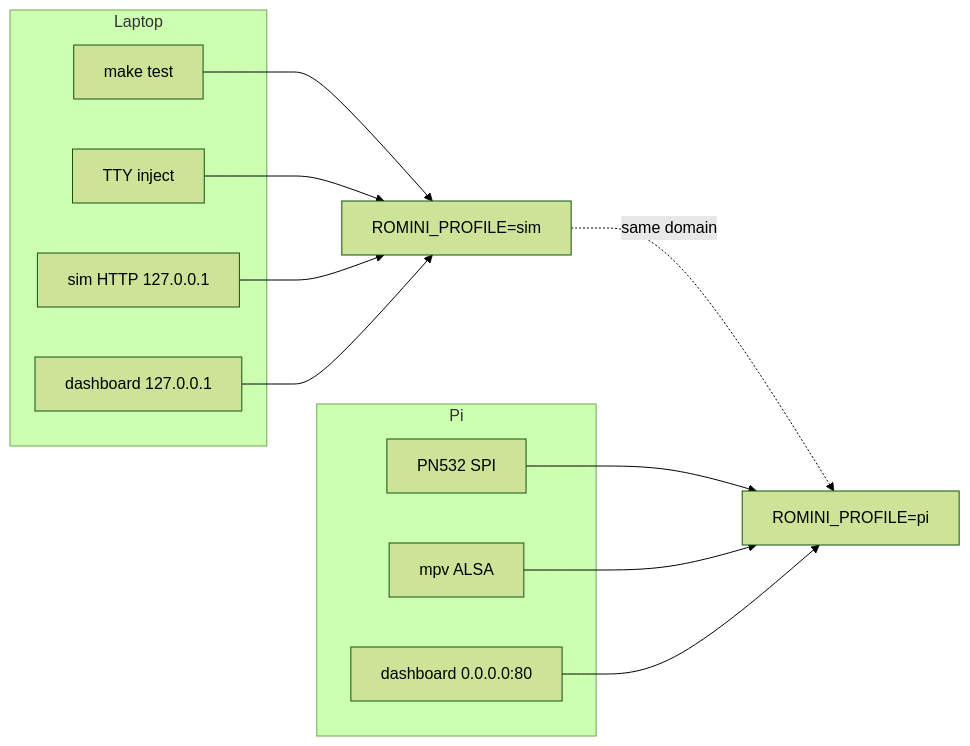
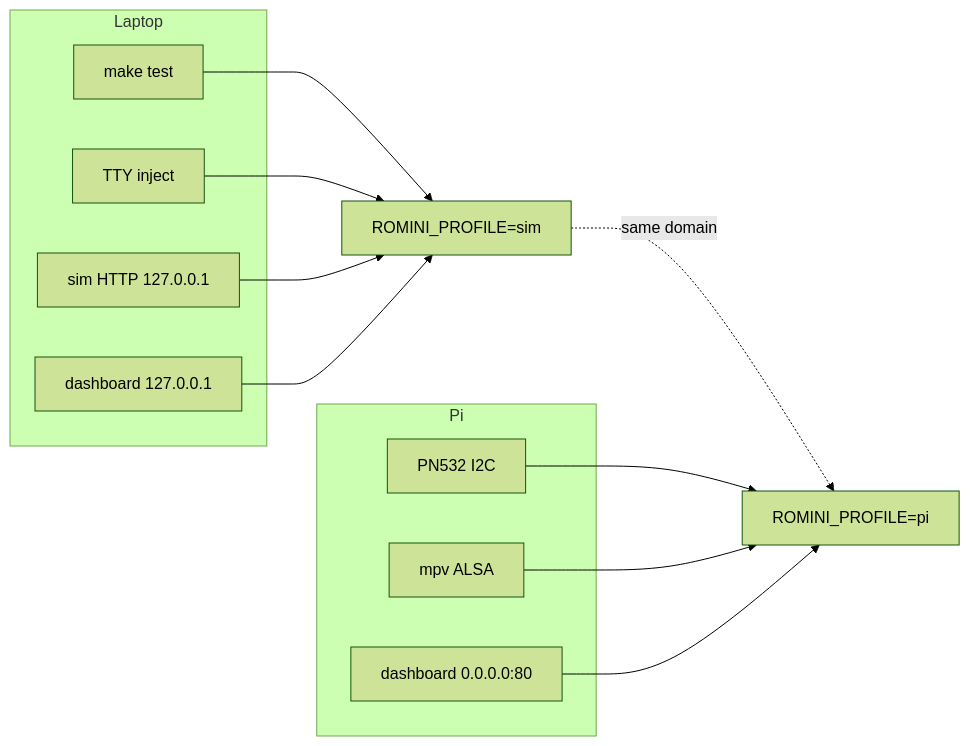
One commit to mzworthington/RoMini changed the diagram in docs/guide.md. Above: the diagram before and after it, drawn with Mermaid (forest theme). The commit also changed other lines of this file and 16 other files, not shown here.

````diff
--- a/docs/guide.md
+++ b/docs/guide.md
@@ -7,22 +7,22 @@
 ```mermaid
 flowchart LR
   subgraph laptop ["Laptop"]
     tests["make test"]
     tty["TTY inject"]
     http["sim HTTP 127.0.0.1"]
     dash["dashboard 127.0.0.1"]
   end
   subgraph box ["Pi"]
-    nfc["PN532 SPI"]
+    nfc["PN532 I2C"]
     mpv["mpv ALSA"]
     lan["dashboard 0.0.0.0:80"]
   end
   tests --> sim["ROMINI_PROFILE=sim"]
   tty --> sim
   http --> sim
   dash --> sim
   sim -.->|"same domain"| pi["ROMINI_PROFILE=pi"]
   nfc --> pi
   mpv --> pi
   lan --> pi
 ```
````
